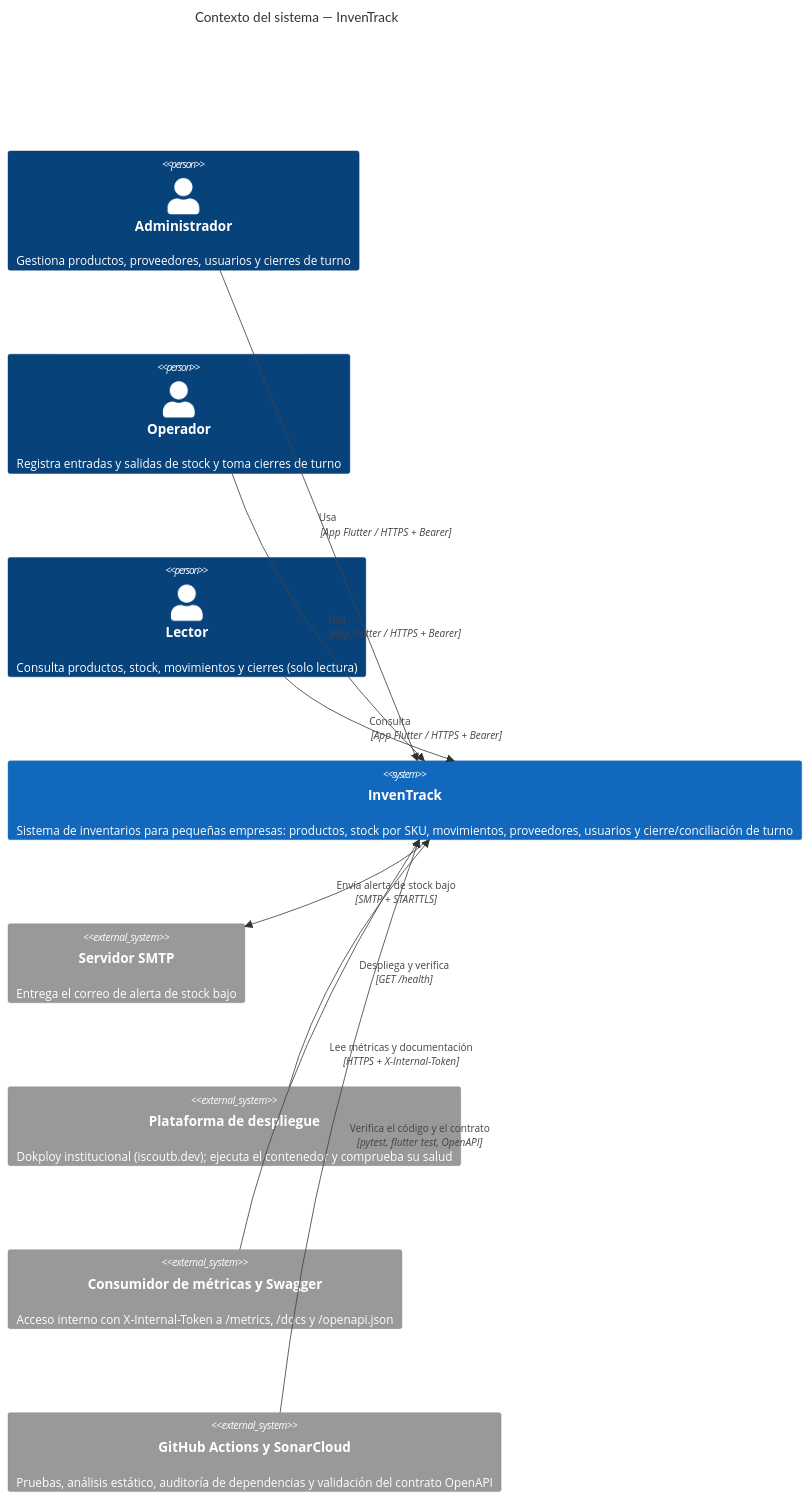
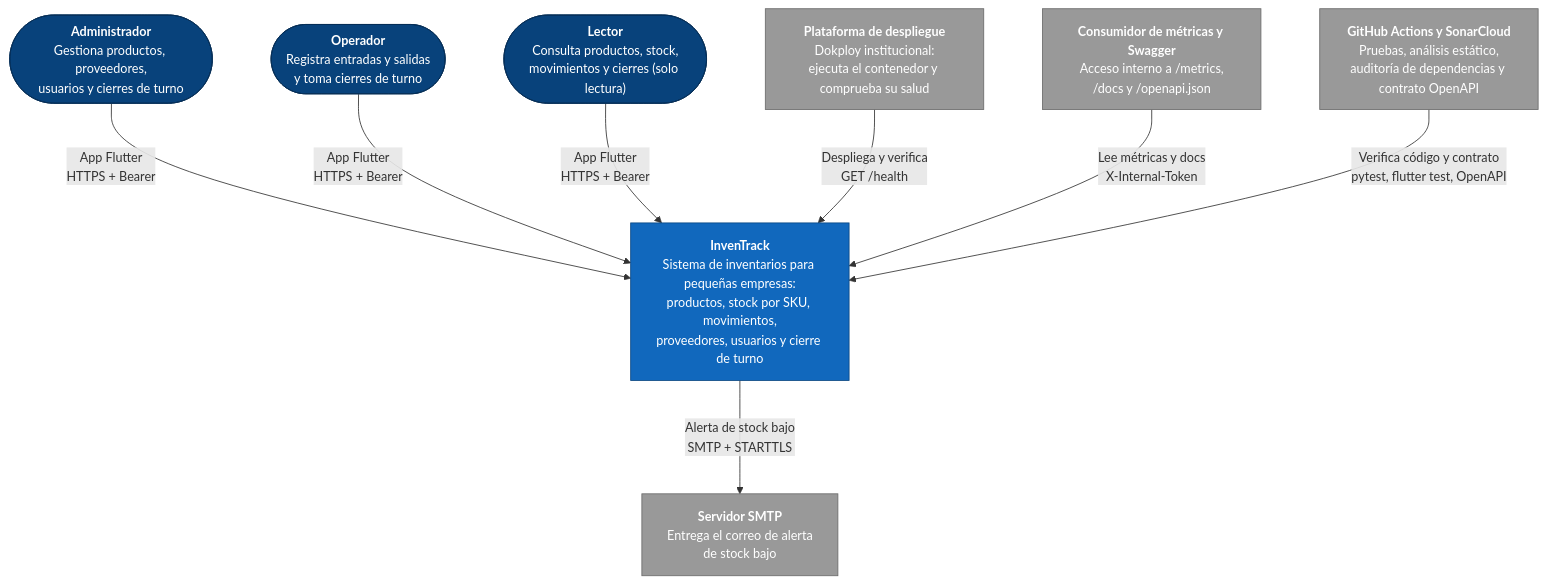
One commit to ISCOUTB/AS_202620_InvenTrack changed the diagram in c4-actual/01-contexto.md. Above: the diagram before and after it, drawn with Mermaid. The commit also changed 3 other files, not shown here.

Commit message:
docs: Convert c4-actual diagrams to flowcharts to fix overlapping labels

````diff
--- a/c4-actual/01-contexto.md
+++ b/c4-actual/01-contexto.md
@@ -3,23 +3,29 @@
 ```mermaid
-C4Context
-    title Contexto del sistema — InvenTrack
+flowchart TB
+    %%{init: {"flowchart": {"nodeSpacing": 70, "rankSpacing": 90, "curve": "basis", "htmlLabels": true}, "themeVariables": {"fontSize": "15px"}}}%%
+    admin(["<b>Administrador</b><br/>Gestiona productos, proveedores,<br/>usuarios y cierres de turno"]):::person
+    operador(["<b>Operador</b><br/>Registra entradas y salidas<br/>y toma cierres de turno"]):::person
+    lector(["<b>Lector</b><br/>Consulta productos, stock,<br/>movimientos y cierres (solo lectura)"]):::person
 
-    Person(admin, "Administrador", "Gestiona productos, proveedores, usuarios y cierres de turno")
-    Person(operador, "Operador", "Registra entradas y salidas de stock y toma cierres de turno")
-    Person(lector, "Lector", "Consulta productos, stock, movimientos y cierres (solo lectura)")
+    inventrack["<b>InvenTrack</b><br/>Sistema de inventarios para pequeñas empresas:<br/>productos, stock por SKU, movimientos,<br/>proveedores, usuarios y cierre de turno"]:::sys
 
-    System(inventrack, "InvenTrack", "Sistema de inventarios para pequeñas empresas: productos, stock por SKU, movimientos, proveedores, usuarios y cierre/conciliación de turno")
+    smtp["<b>Servidor SMTP</b><br/>Entrega el correo de alerta<br/>de stock bajo"]:::ext
+    plataforma["<b>Plataforma de despliegue</b><br/>Dokploy institucional:<br/>ejecuta el contenedor y comprueba su salud"]:::ext
+    monitor["<b>Consumidor de métricas y Swagger</b><br/>Acceso interno a /metrics,<br/>/docs y /openapi.json"]:::ext
+    ci["<b>GitHub Actions y SonarCloud</b><br/>Pruebas, análisis estático,<br/>auditoría de dependencias y contrato OpenAPI"]:::ext
 
-    System_Ext(smtp, "Servidor SMTP", "Entrega el correo de alerta de stock bajo")
-    System_Ext(plataforma, "Plataforma de despliegue", "Dokploy institucional (iscoutb.dev); ejecuta el contenedor y comprueba su salud")
-    System_Ext(monitor, "Consumidor de métricas y Swagger", "Acceso interno con X-Internal-Token a /metrics, /docs y /openapi.json")
-    System_Ext(ci, "GitHub Actions y SonarCloud", "Pruebas, análisis estático, auditoría de dependencias y validación del contrato OpenAPI")
+    admin -->|"App Flutter<br/>HTTPS + Bearer"| inventrack
+    operador -->|"App Flutter<br/>HTTPS + Bearer"| inventrack
+    lector -->|"App Flutter<br/>HTTPS + Bearer"| inventrack
+    inventrack -->|"Alerta de stock bajo<br/>SMTP + STARTTLS"| smtp
+    plataforma -->|"Despliega y verifica<br/>GET /health"| inventrack
+    monitor -->|"Lee métricas y docs<br/>X-Internal-Token"| inventrack
+    ci -->|"Verifica código y contrato<br/>pytest, flutter test, OpenAPI"| inventrack
 
-    Rel(admin, inventrack, "Usa", "App Flutter / HTTPS + Bearer")
-    Rel(operador, inventrack, "Usa", "App Flutter / HTTPS + Bearer")
-    Rel(lector, inventrack, "Consulta", "App Flutter / HTTPS + Bearer")
-    Rel(inventrack, smtp, "Envía alerta de stock bajo", "SMTP + STARTTLS")
-    Rel(plataforma, inventrack, "Despliega y verifica", "GET /health")
-    Rel(monitor, inventrack, "Lee métricas y documentación", "HTTPS + X-Internal-Token")
-    Rel(ci, inventrack, "Verifica el código y el contrato", "pytest, flutter test, OpenAPI")
+    classDef person fill:#08427b,stroke:#052e56,color:#ffffff
+    classDef sys fill:#1168bd,stroke:#0b4884,color:#ffffff
+    classDef ext fill:#999999,stroke:#6b6b6b,color:#ffffff
+    classDef cont fill:#438dd5,stroke:#2e6295,color:#ffffff
+    classDef comp fill:#85bbf0,stroke:#5d82a8,color:#000000
+    classDef db fill:#438dd5,stroke:#2e6295,color:#ffffff
 ```
````
